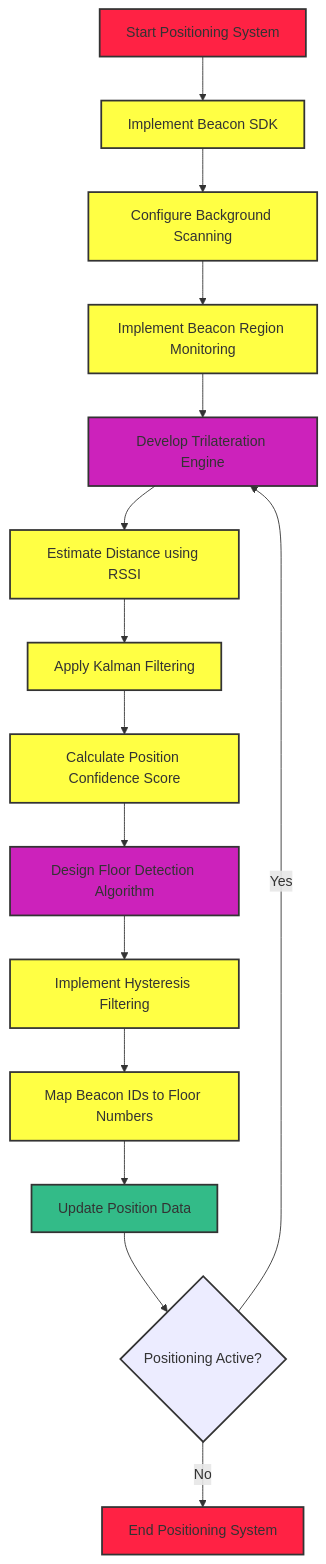
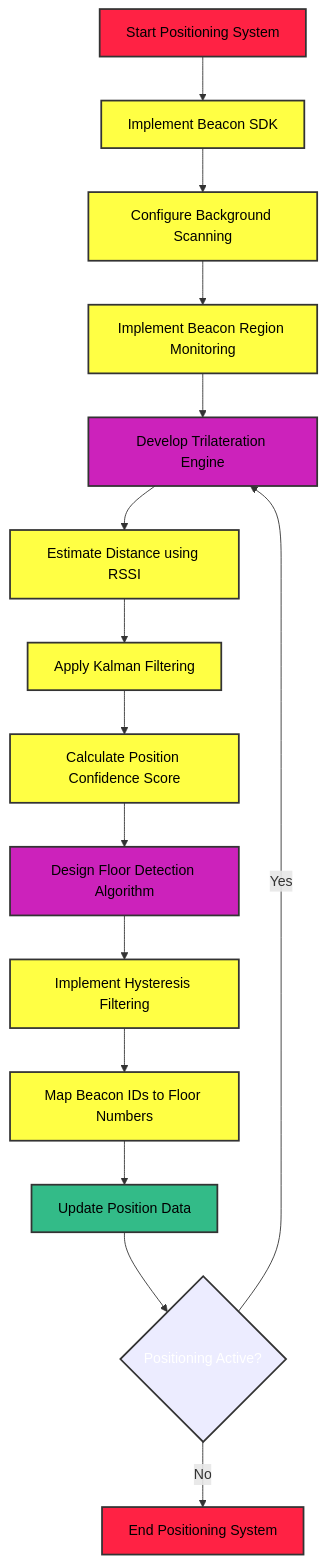
Before and after one commit to Bistrel2002/MOONSHOT-PROJECT: the third of 6 diagrams in TechnicalSpecification/technicalSpecification.md, drawn with Mermaid. The commit also changed other lines of this file, not shown here.

````diff
--- a/TechnicalSpecification/technicalSpecification.md
+++ b/TechnicalSpecification/technicalSpecification.md
@@ -285,41 +285,41 @@
 ```mermaid
 flowchart TD
     A[Start Positioning System] --> B[Implement Beacon SDK]
-    style A fill:#f24,stroke:#333,stroke-width:2px
-    style B fill:#ff4,stroke:#333,stroke-width:2px
+    style A fill:#f24,stroke:#333,stroke-width:2px,color:#000;
+    style B fill:#ff4,stroke:#333,stroke-width:2px,color:#000;
 
     B --> C[Configure Background Scanning]
     C --> D[Implement Beacon Region Monitoring]
-    style C fill:#ff4,stroke:#333,stroke-width:2px
-    style D fill:#ff4,stroke:#333,stroke-width:2px
+    style C fill:#ff4,stroke:#333,stroke-width:2px,color:#000;
+    style D fill:#ff4,stroke:#333,stroke-width:2px,color:#000;
 
     D --> E[Develop Trilateration Engine]
-    style E fill:#c2b,stroke:#333,stroke-width:2px
+    style E fill:#c2b,stroke:#333,stroke-width:2px,color:#000;
 
     E --> F[Estimate Distance using RSSI]
     F --> G[Apply Kalman Filtering]
     G --> H[Calculate Position Confidence Score]
-    style F fill:#ff4,stroke:#333,stroke-width:2px
-    style G fill:#ff4,stroke:#333,stroke-width:2px
-    style H fill:#ff4,stroke:#333,stroke-width:2px
+    style F fill:#ff4,stroke:#333,stroke-width:2px,color:#000;
+    style G fill:#ff4,stroke:#333,stroke-width:2px,color:#000;
+    style H fill:#ff4,stroke:#333,stroke-width:2px,color:#000;
 
     H --> I[Design Floor Detection Algorithm]
-    style I fill:#c2b,stroke:#333,stroke-width:2px
+    style I fill:#c2b,stroke:#333,stroke-width:2px,color:#000;
 
     I --> J[Implement Hysteresis Filtering]
     J --> K[Map Beacon IDs to Floor Numbers]
-    style J fill:#ff4,stroke:#333,stroke-width:2px
-    style K fill:#ff4,stroke:#333,stroke-width:2px
+    style J fill:#ff4,stroke:#333,stroke-width:2px,color:#000;
+    style K fill:#ff4,stroke:#333,stroke-width:2px,color:#000;
 
     K --> L[Update Position Data]
-    style L fill:#3b8,stroke:#333,stroke-width:2px
+    style L fill:#3b8,stroke:#333,stroke-width:2px,color:#000;
 
     L --> M{Positioning Active?}
-    style M fill:#bf,stroke:#333,stroke-width:2px
+    style M fill:#bf,stroke:#333,stroke-width:2px,color:#fff;
 
     M -- Yes --> E
     M -- No --> N[End Positioning System]
-    style N fill:#f24,stroke:#333,stroke-width:2px
+    style N fill:#f24,stroke:#333,stroke-width:2px,color:#000;
 
 
 ```
````
